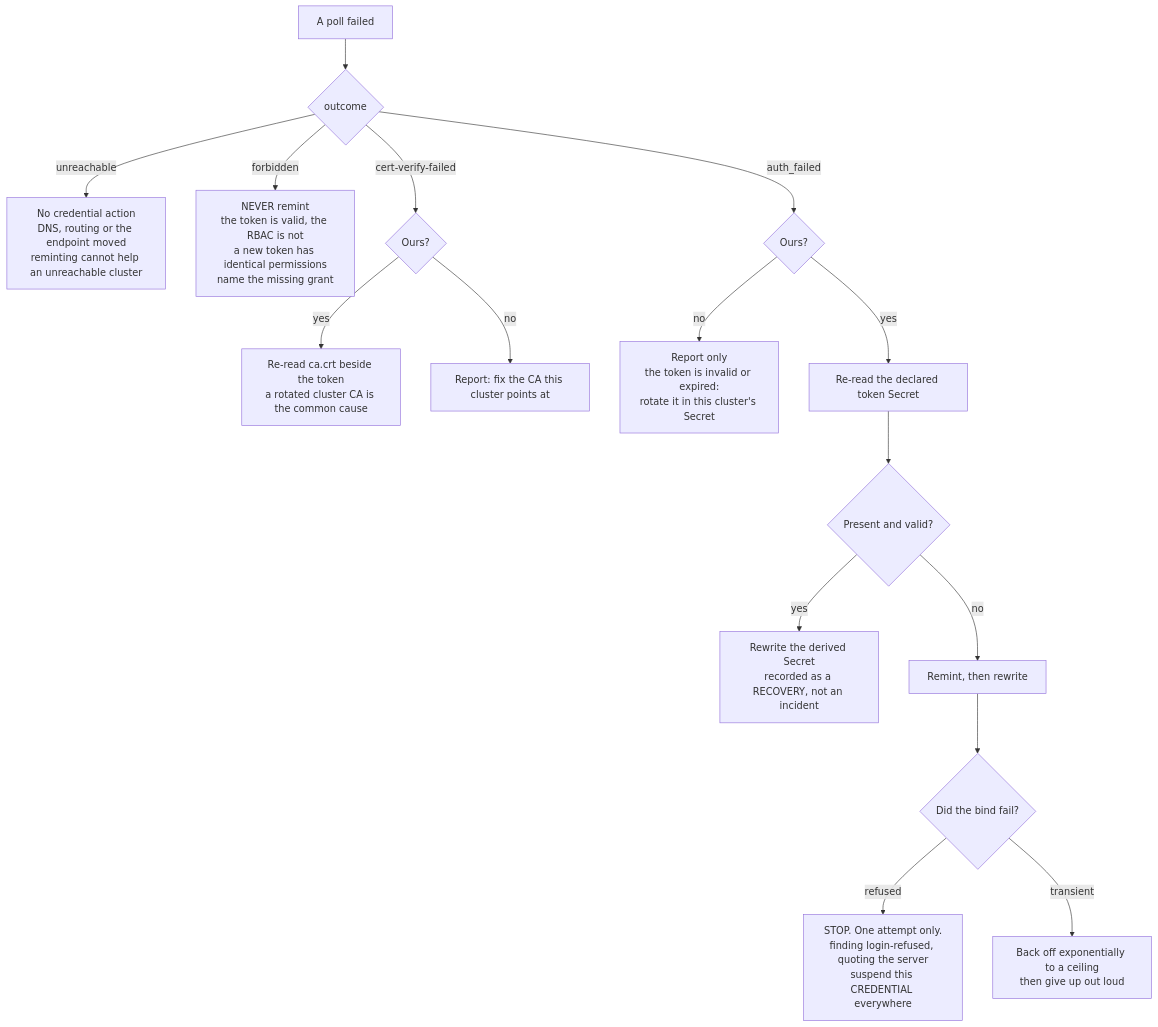
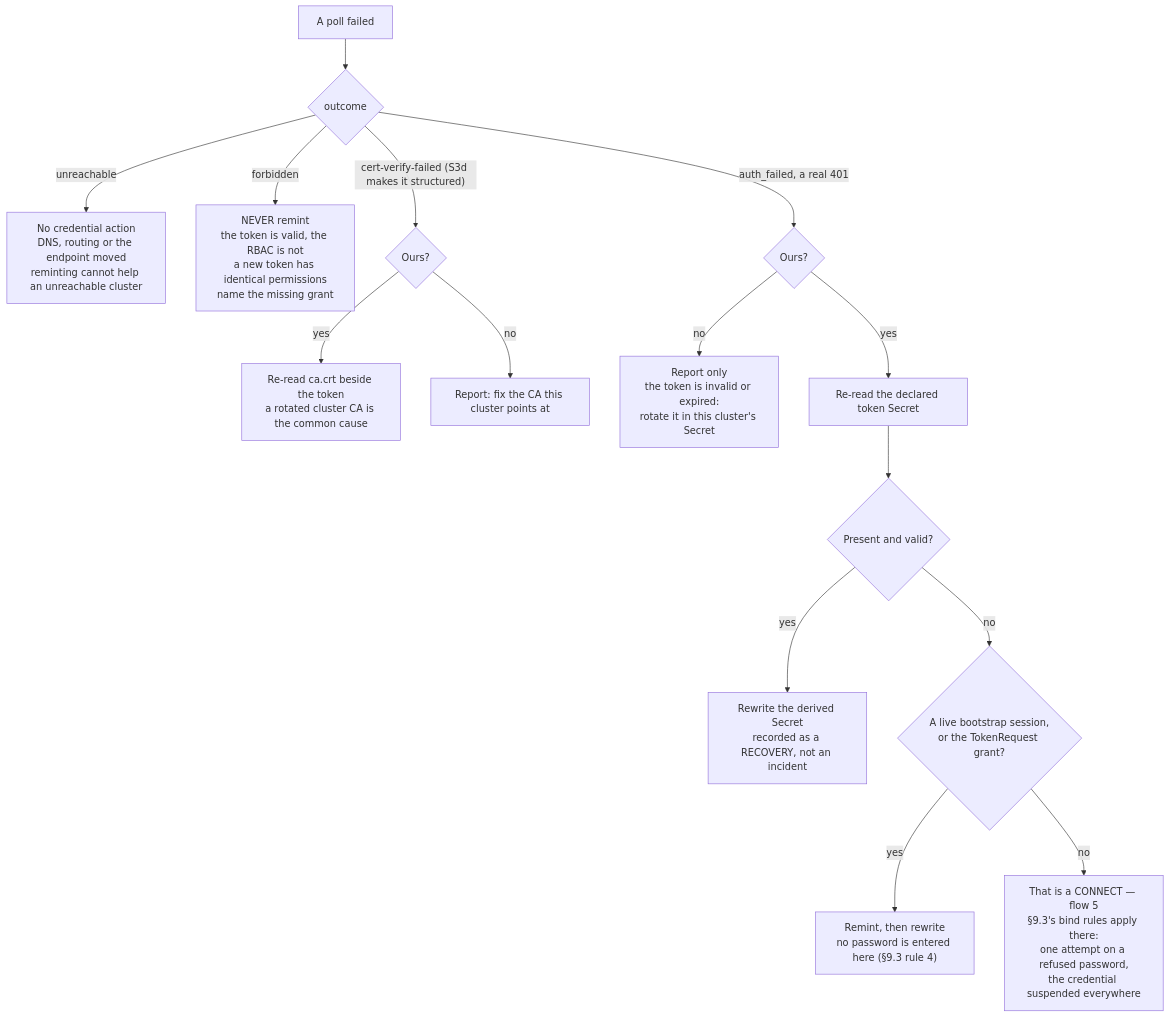
One commit to ephico2real2/group-sync-dashboard changed the sixth of 6 diagrams in docs/DESIGN_cluster_connection_flows.md. Above: the diagram before and after it, drawn with Mermaid. The commit also changed other lines of this file and 1 other file, not shown here.

````diff
--- a/docs/DESIGN_cluster_connection_flows.md
+++ b/docs/DESIGN_cluster_connection_flows.md
@@ -436,18 +445,17 @@
 ```mermaid
 flowchart TD
     A["A poll failed"] --> B{"outcome"}
     B -- "unreachable" --> U["No credential action<br/>DNS, routing or the endpoint moved<br/>reminting cannot help an unreachable cluster"]
     B -- "forbidden" --> F["NEVER remint<br/>the token is valid, the RBAC is not<br/>a new token has identical permissions<br/>name the missing grant"]
-    B -- "cert-verify-failed" --> V{"Ours?"}
+    B -- "cert-verify-failed (S3d makes it structured)" --> V{"Ours?"}
     V -- "yes" --> VY["Re-read ca.crt beside the token<br/>a rotated cluster CA is the common cause"]
     V -- "no" --> VN["Report: fix the CA this cluster points at"]
-    B -- "auth_failed" --> C{"Ours?"}
+    B -- "auth_failed, a real 401" --> C{"Ours?"}
     C -- "no" --> CN["Report only<br/>the token is invalid or expired:<br/>rotate it in this cluster's Secret"]
     C -- "yes" --> CY["Re-read the declared token Secret"]
     CY --> D{"Present and valid?"}
     D -- "yes" --> DY["Rewrite the derived Secret<br/>recorded as a RECOVERY, not an incident"]
-    D -- "no" --> DN["Remint, then rewrite"]
-    DN --> E{"Did the bind fail?"}
-    E -- "refused" --> ER["STOP. One attempt only.<br/>finding login-refused, quoting the server<br/>suspend this CREDENTIAL everywhere"]
-    E -- "transient" --> ET["Back off exponentially to a ceiling<br/>then give up out loud"]
+    D -- "no" --> DN{"A live bootstrap session,<br/>or the TokenRequest grant?"}
+    DN -- "yes" --> DR["Remint, then rewrite<br/>no password is entered here (§9.3 rule 4)"]
+    DN -- "no" --> DC["That is a CONNECT — flow 5<br/>§9.3's bind rules apply there:<br/>one attempt on a refused password,<br/>the credential suspended everywhere"]
 ```
````
